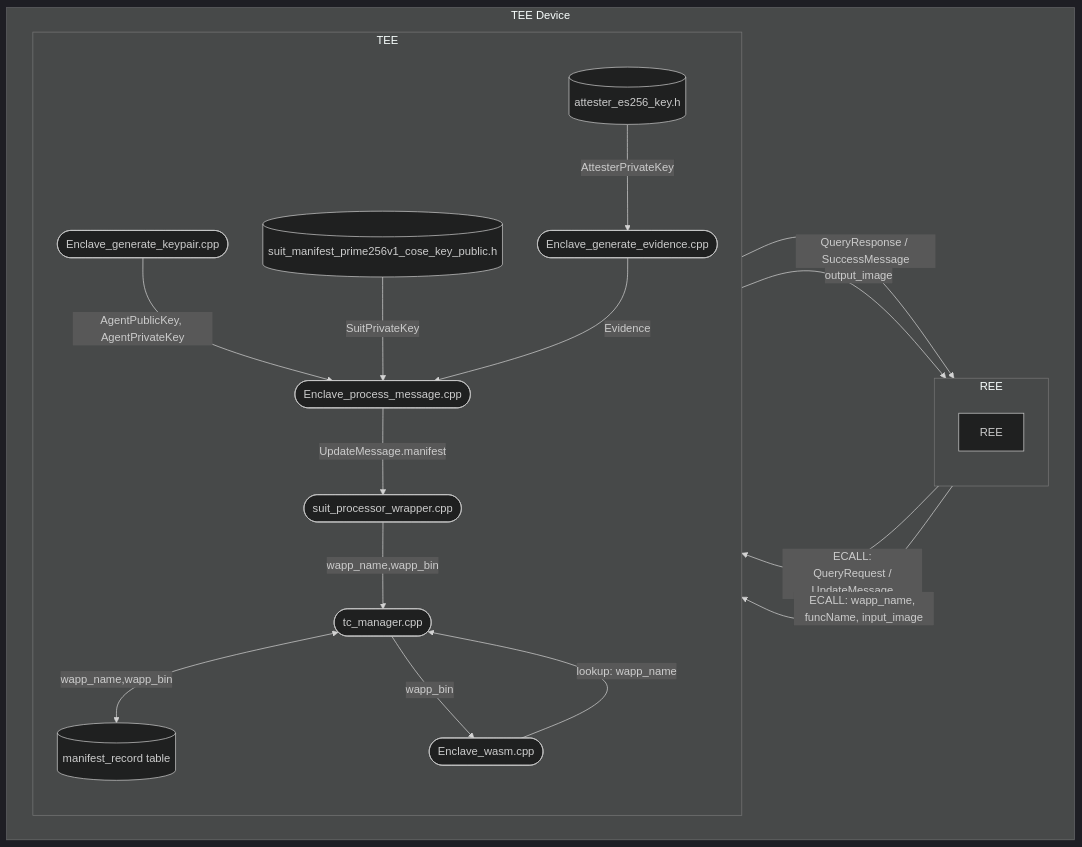
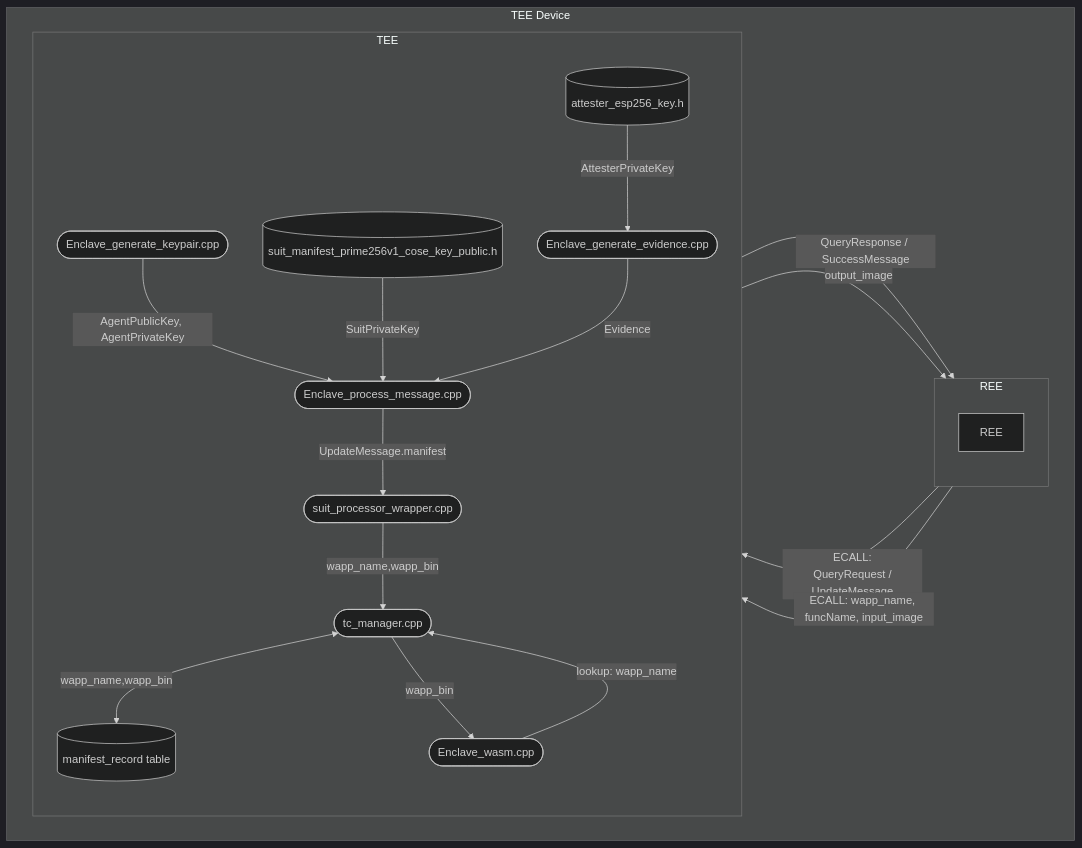
One commit to yuma-nishi/taws changed the second of 3 diagrams in doc/internal-design-dfd-dataflow.md. Above: the diagram before and after it, drawn with Mermaid (dark theme). The commit also changed 36 other files, not shown here.

````diff
--- a/doc/internal-design-dfd-dataflow.md
+++ b/doc/internal-design-dfd-dataflow.md
@@ -67,41 +67,41 @@
 ```mermaid
 flowchart LR
 
   subgraph Device[TEE Device]
   direction LR
     subgraph REE[REE]
     direction TB
       REEEntry[REE]
     end
 
     subgraph TEE[TEE]
     direction TB
       EPM([Enclave_process_message.cpp])
       SP([suit_processor_wrapper.cpp])
       TCM([tc_manager.cpp])
       Record[(manifest_record table)]
       EWASM([Enclave_wasm.cpp])
       Evidence([Enclave_generate_evidence.cpp])
       AgentKey([Enclave_generate_keypair.cpp])
-      AttesterKey[(attester_es256_key.h)]
+      AttesterKey[(attester_esp256_key.h)]
       SuitKey[(suit_manifest_prime256v1_cose_key_public.h)]
 
     end
   end
 
   REEEntry -->|"ECALL:<br/> QueryRequest / UpdateMessage"| EPM
   EPM -->|"QueryResponse / SuccessMessage"| REEEntry
   REEEntry -->|ECALL: wapp_name, funcName, input_image| EWASM
   EWASM -->|output_image| REEEntry
 
   AgentKey -->|AgentPublicKey, AgentPrivateKey| EPM
   SuitKey -->|SuitPrivateKey| EPM
 
   AttesterKey -->|AttesterPrivateKey| Evidence
   Evidence -->|Evidence| EPM
   EPM -->|UpdateMessage.manifest| SP
   SP -->|wapp_name,wapp_bin| TCM
   TCM <--> |wapp_name,wapp_bin| Record
   EWASM -->|lookup: wapp_name| TCM
   TCM -->|wapp_bin| EWASM
 ```
````
